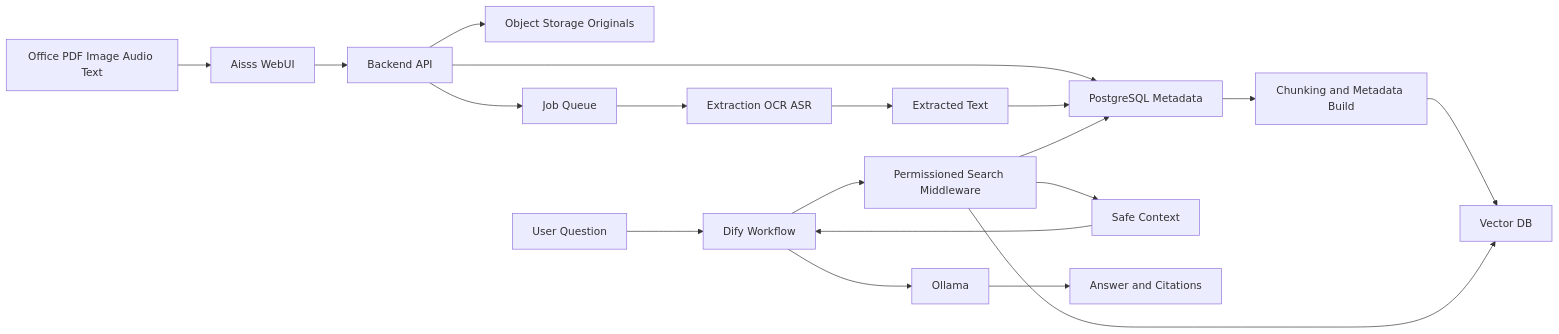
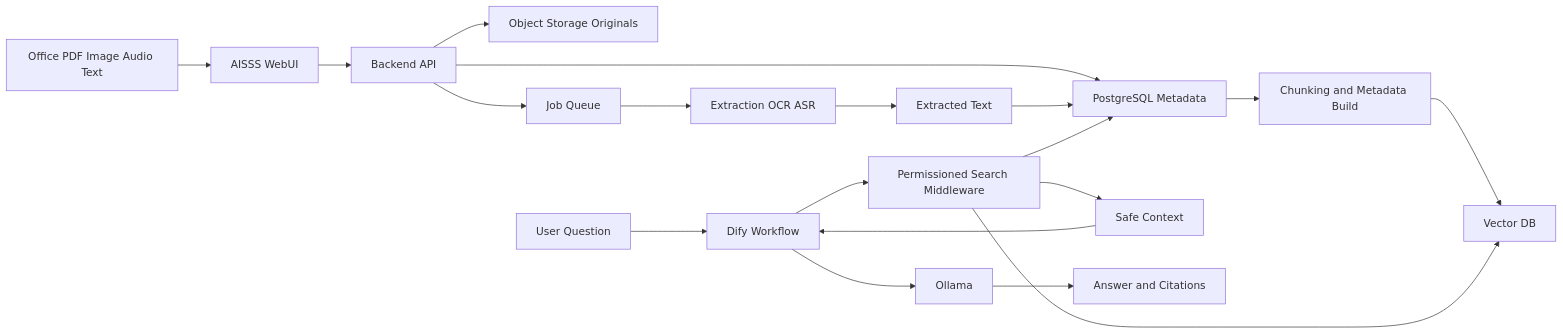
One commit to matrix9neonebuchadnezzar2199-sketch/Aisss changed the first of 5 diagrams in docs/04-data-flow.md. Above: the diagram before and after it, drawn with Mermaid. The commit also changed other lines of this file and 21 other files, not shown here.

First line of the commit message:
docs: adopt AISSS product name and add WebUI mockup

````diff
--- a/docs/04-data-flow.md
+++ b/docs/04-data-flow.md
@@ -5,21 +5,21 @@
 ```mermaid
 flowchart LR
-  inputFiles["Office PDF Image Audio Text"] --> webui["Aisss WebUI"]
+  inputFiles["Office PDF Image Audio Text"] --> webui["AISSS WebUI"]
   webui --> backend["Backend API"]
   backend --> postgres["PostgreSQL Metadata"]
   backend --> storage["Object Storage Originals"]
   backend --> queue["Job Queue"]
   queue --> extraction["Extraction OCR ASR"]
   extraction --> extractedText["Extracted Text"]
   extractedText --> postgres
   postgres --> chunking["Chunking and Metadata Build"]
   chunking --> vectorDb["Vector DB"]
   userQuestion["User Question"] --> dify["Dify Workflow"]
   dify --> searchMw["Permissioned Search Middleware"]
   searchMw --> postgres
   searchMw --> vectorDb
   searchMw --> safeContext["Safe Context"]
   safeContext --> dify
   dify --> ollama["Ollama"]
   ollama --> answer["Answer and Citations"]
 ```
````
